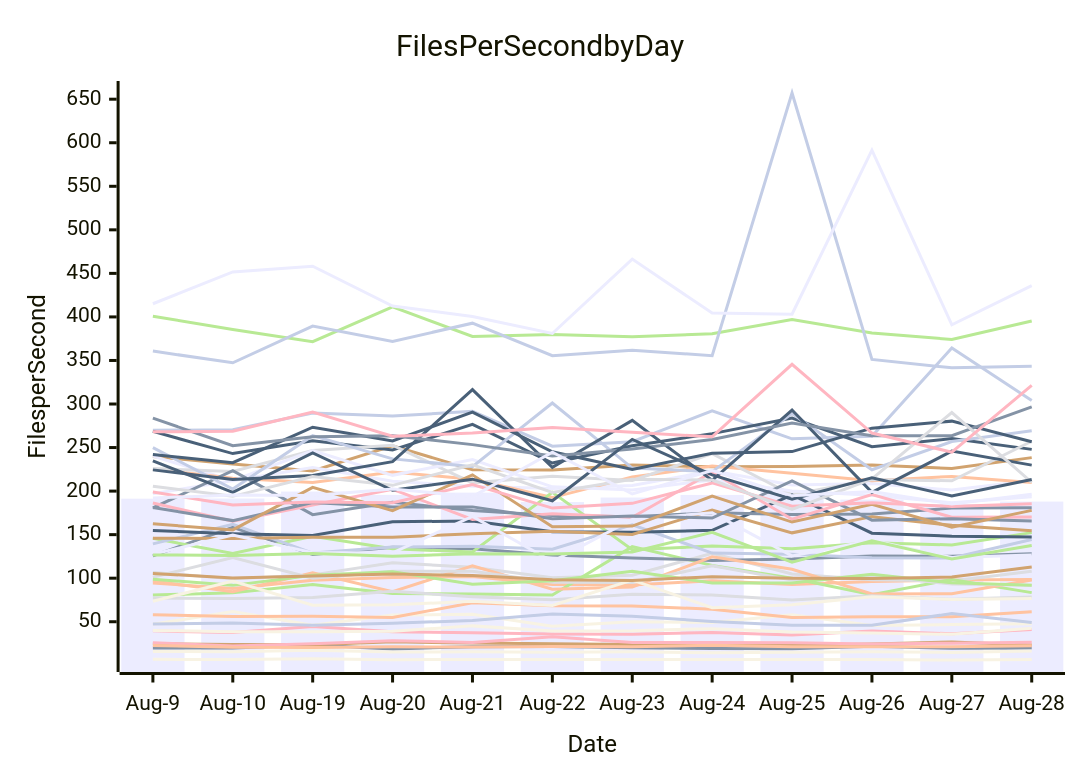
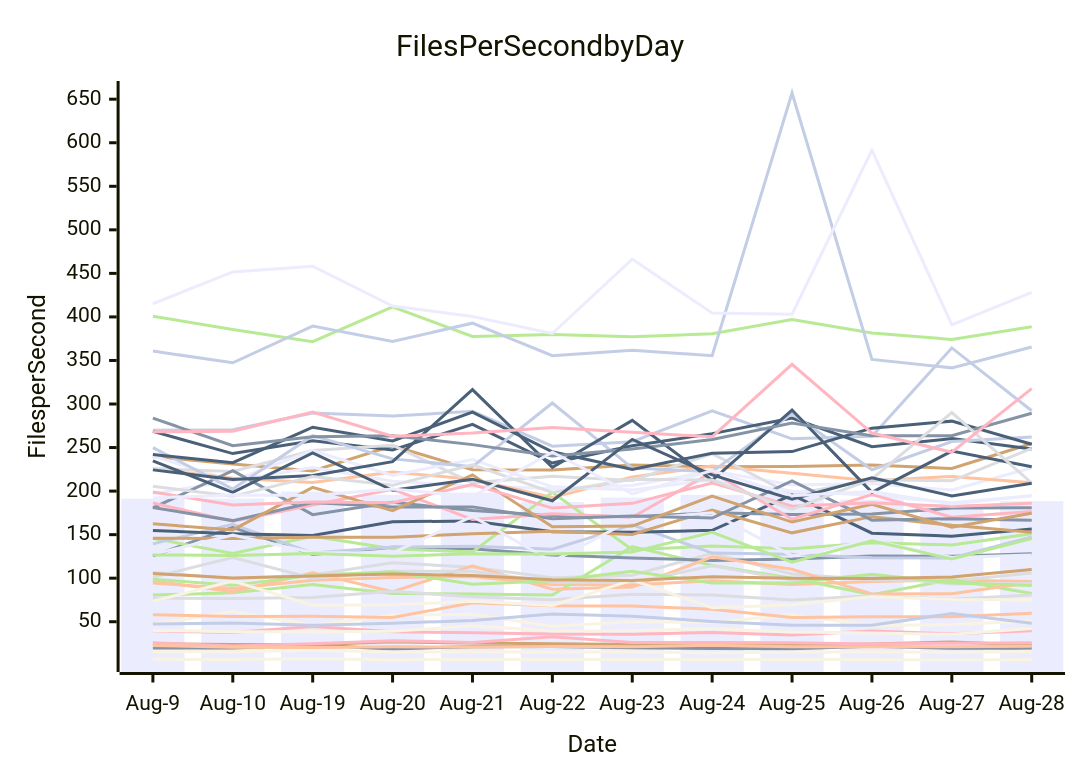
Before and after one commit to streetsidesoftware/cspell: the diagram in perf-report.md, drawn with Mermaid. The commit also changed other lines of this file and 2 other files, not shown here.

````diff
--- a/perf-report.md
+++ b/perf-report.md
@@ -11,57 +11,57 @@
 ```mermaid
 xychart-beta
     title Files Per Second by Day
     y-axis Files per Second
     x-axis Date [Aug-9, Aug-10, Aug-19, Aug-20, Aug-21, Aug-22, Aug-23, Aug-24, Aug-25, Aug-26, Aug-27, Aug-28]
-    bar [191.27, 191.48, 199.45, 195.67, 198.22, 187.40, 192.61, 195.61, 200.69, 190.24, 185.15, 187.95]
-    line [19.76, 19.87, 23.15, 18.80, 21.30, 21.70, 20.11, 19.24, 18.97, 21.74, 19.44, 19.93]
-    line [94.45, 88.13, 97.66, 100.71, 101.93, 92.80, 92.11, 97.07, 92.83, 96.14, 97.78, 98.44]
-    line [106.66, 99.38, 103.80, 117.71, 112.47, 100.50, 103.30, 128.71, 104.89, 98.28, 96.78, 108.02]
-    line [80.61, 83.15, 92.81, 82.44, 81.86, 80.75, 136.22, 114.72, 99.92, 81.00, 98.60, 83.44]
-    line [239.79, 231.09, 223.10, 252.00, 224.60, 224.17, 230.06, 227.93, 228.22, 229.99, 225.97, 238.45]
-    line [269.81, 270.47, 289.77, 286.14, 291.59, 251.52, 256.69, 292.19, 260.02, 262.94, 364.38, 303.97]
-    line [39.52, 37.52, 44.46, 38.46, 37.42, 35.96, 35.65, 37.61, 34.82, 39.47, 36.12, 40.96]
-    line [268.54, 243.09, 257.77, 247.18, 276.72, 232.23, 252.08, 266.01, 283.94, 251.01, 260.27, 247.92]
-    line [6.78, 6.60, 7.51, 6.38, 6.72, 6.55, 6.77, 6.55, 6.58, 6.64, 6.06, 6.54]
-    line [240.17, 211.99, 227.00, 211.38, 205.51, 203.10, 206.43, 223.33, 206.89, 208.72, 201.20, 212.05]
-    line [125.68, 158.27, 127.25, 135.61, 133.76, 126.70, 123.28, 120.42, 121.90, 125.42, 125.26, 128.12]
-    line [225.24, 214.74, 210.02, 221.88, 213.58, 192.56, 216.27, 228.68, 220.47, 211.98, 216.89, 209.85]
-    line [225.91, 222.58, 246.74, 252.74, 209.47, 217.12, 212.13, 242.98, 195.81, 213.43, 211.78, 257.27]
-    line [145.75, 128.32, 148.05, 133.76, 130.09, 198.58, 132.66, 136.89, 133.84, 140.74, 138.14, 152.30]
-    line [24.65, 23.72, 23.68, 26.94, 25.51, 24.79, 23.76, 23.53, 22.75, 24.32, 26.78, 23.22]
-    line [139.45, 161.93, 128.87, 135.71, 136.66, 133.36, 161.38, 128.87, 127.62, 123.35, 123.11, 144.37]
-    line [25.95, 22.03, 24.86, 28.29, 26.21, 32.71, 26.20, 26.09, 26.00, 24.43, 25.37, 26.34]
-    line [154.75, 150.93, 149.02, 164.86, 165.64, 153.35, 152.64, 155.02, 195.52, 151.70, 148.17, 147.26]
-    line [15.80, 15.53, 17.25, 15.28, 15.49, 14.84, 15.46, 14.39, 15.01, 15.63, 14.69, 16.28]
-    line [196.97, 211.99, 246.59, 218.10, 236.31, 204.94, 201.38, 212.81, 200.01, 195.34, 186.50, 193.40]
-    line [180.75, 223.35, 172.94, 187.16, 177.68, 172.01, 170.49, 175.09, 173.22, 173.59, 180.48, 181.01]
-    line [96.93, 84.41, 106.12, 84.61, 114.12, 87.31, 89.99, 124.55, 110.24, 81.92, 82.24, 97.95]
-    line [77.16, 76.75, 77.91, 84.91, 78.76, 75.34, 81.46, 80.77, 74.97, 79.78, 75.90, 78.48]
-    line [400.74, 385.62, 371.65, 411.46, 377.61, 379.88, 377.18, 380.64, 396.91, 381.52, 374.08, 395.35]
-    line [145.79, 145.58, 147.10, 147.08, 151.07, 153.94, 150.27, 178.09, 152.08, 170.66, 160.71, 154.44]
-    line [249.96, 202.34, 263.67, 236.99, 228.06, 301.20, 226.40, 222.40, 289.06, 224.56, 256.87, 269.24]
-    line [186.27, 165.43, 184.07, 202.12, 167.51, 173.85, 169.85, 221.75, 167.75, 195.90, 170.00, 170.29]
-    line [224.37, 213.27, 217.89, 233.79, 316.48, 227.32, 281.23, 212.31, 293.11, 198.49, 245.94, 229.82]
-    line [47.00, 61.84, 45.89, 57.63, 58.67, 44.77, 49.92, 49.06, 57.90, 45.60, 46.71, 47.76]
-    line [127.47, 149.55, 129.16, 129.10, 170.99, 119.13, 167.47, 175.06, 125.57, 143.51, 123.67, 126.68]
-    line [181.18, 166.12, 186.93, 181.85, 181.88, 168.34, 171.35, 169.12, 211.70, 166.64, 168.34, 165.62]
-    line [57.90, 56.15, 56.35, 54.76, 71.89, 68.47, 68.09, 64.39, 54.76, 55.64, 55.71, 61.40]
-    line [101.07, 123.80, 99.87, 108.06, 107.98, 95.34, 94.96, 114.12, 97.84, 103.09, 93.25, 91.92]
-    line [98.84, 91.76, 103.43, 107.49, 93.08, 97.11, 107.90, 94.53, 94.47, 104.38, 94.67, 91.97]
-    line [162.48, 155.40, 204.32, 177.59, 218.64, 159.00, 159.79, 194.26, 164.45, 184.75, 158.60, 177.88]
-    line [360.76, 347.31, 389.41, 371.89, 392.82, 355.53, 361.83, 355.43, 657.12, 351.25, 341.51, 343.40]
-    line [198.91, 184.05, 187.41, 186.67, 207.48, 180.49, 185.92, 209.38, 182.67, 186.49, 182.43, 185.52]
-    line [242.10, 232.62, 273.32, 257.69, 290.62, 245.10, 224.83, 243.49, 245.36, 272.30, 280.33, 256.63]
-    line [73.60, 96.61, 68.89, 69.48, 73.38, 68.77, 97.84, 66.15, 69.59, 78.77, 75.57, 76.82]
-    line [415.14, 451.69, 458.22, 412.53, 400.53, 380.98, 466.37, 404.40, 403.18, 591.49, 390.96, 435.96]
-    line [283.77, 252.09, 262.36, 263.68, 253.37, 240.18, 248.22, 259.20, 278.18, 263.50, 263.68, 296.62]
-    line [22.84, 20.59, 20.47, 21.22, 20.90, 21.42, 21.40, 22.88, 21.36, 21.22, 21.19, 22.30]
-    line [205.56, 193.98, 216.67, 206.61, 230.20, 198.53, 213.69, 212.64, 179.07, 214.07, 290.22, 210.06]
-    line [126.64, 126.17, 128.45, 125.27, 127.94, 127.77, 130.20, 152.67, 118.34, 143.02, 122.15, 137.55]
-    line [105.46, 100.11, 102.43, 104.89, 103.21, 98.21, 97.36, 101.78, 100.00, 99.58, 101.28, 112.88]
-    line [47.26, 48.66, 46.00, 48.26, 51.42, 58.83, 56.30, 50.38, 45.97, 45.91, 59.43, 49.19]
-    line [268.09, 268.70, 290.78, 262.94, 266.60, 272.93, 267.45, 262.37, 345.57, 266.69, 244.68, 321.35]
-    line [234.76, 198.61, 243.75, 200.90, 213.71, 188.91, 259.37, 218.53, 190.79, 215.33, 194.36, 213.35]
-    line [39.98, 38.63, 38.64, 39.11, 45.24, 39.50, 39.66, 42.07, 38.23, 36.94, 35.58, 42.58]
-    line [192.03, 195.48, 194.87, 202.54, 193.62, 244.63, 196.70, 223.56, 194.58, 199.46, 185.25, 196.35]
+    bar [191.27, 191.48, 199.45, 195.67, 198.22, 187.40, 192.61, 195.61, 200.69, 190.24, 185.15, 188.43]
+    line [19.76, 19.87, 23.15, 18.80, 21.30, 21.70, 20.11, 19.24, 18.97, 21.74, 19.44, 19.67]
+    line [94.45, 88.13, 97.66, 100.71, 101.93, 92.80, 92.11, 97.07, 92.83, 96.14, 97.78, 96.24]
+    line [106.66, 99.38, 103.80, 117.71, 112.47, 100.50, 103.30, 128.71, 104.89, 98.28, 96.78, 106.07]
+    line [80.61, 83.15, 92.81, 82.44, 81.86, 80.75, 136.22, 114.72, 99.92, 81.00, 98.60, 82.32]
+    line [239.79, 231.09, 223.10, 252.00, 224.60, 224.17, 230.06, 227.93, 228.22, 229.99, 225.97, 254.72]
+    line [269.81, 270.47, 289.77, 286.14, 291.59, 251.52, 256.69, 292.19, 260.02, 262.94, 364.38, 292.31]
+    line [39.52, 37.52, 44.46, 38.46, 37.42, 35.96, 35.65, 37.61, 34.82, 39.47, 36.12, 39.62]
+    line [268.54, 243.09, 257.77, 247.18, 276.72, 232.23, 252.08, 266.01, 283.94, 251.01, 260.27, 248.33]
+    line [6.78, 6.60, 7.51, 6.38, 6.72, 6.55, 6.77, 6.55, 6.58, 6.64, 6.06, 6.51]
+    line [240.17, 211.99, 227.00, 211.38, 205.51, 203.10, 206.43, 223.33, 206.89, 208.72, 201.20, 226.82]
+    line [125.68, 158.27, 127.25, 135.61, 133.76, 126.70, 123.28, 120.42, 121.90, 125.42, 125.26, 127.98]
+    line [225.24, 214.74, 210.02, 221.88, 213.58, 192.56, 216.27, 228.68, 220.47, 211.98, 216.89, 209.65]
+    line [225.91, 222.58, 246.74, 252.74, 209.47, 217.12, 212.13, 242.98, 195.81, 213.43, 211.78, 248.99]
+    line [145.75, 128.32, 148.05, 133.76, 130.09, 198.58, 132.66, 136.89, 133.84, 140.74, 138.14, 151.08]
+    line [24.65, 23.72, 23.68, 26.94, 25.51, 24.79, 23.76, 23.53, 22.75, 24.32, 26.78, 23.32]
+    line [139.45, 161.93, 128.87, 135.71, 136.66, 133.36, 161.38, 128.87, 127.62, 123.35, 123.11, 147.46]
+    line [25.95, 22.03, 24.86, 28.29, 26.21, 32.71, 26.20, 26.09, 26.00, 24.43, 25.37, 25.96]
+    line [154.75, 150.93, 149.02, 164.86, 165.64, 153.35, 152.64, 155.02, 195.52, 151.70, 148.17, 156.56]
+    line [15.80, 15.53, 17.25, 15.28, 15.49, 14.84, 15.46, 14.39, 15.01, 15.63, 14.69, 16.01]
+    line [196.97, 211.99, 246.59, 218.10, 236.31, 204.94, 201.38, 212.81, 200.01, 195.34, 186.50, 194.55]
+    line [180.75, 223.35, 172.94, 187.16, 177.68, 172.01, 170.49, 175.09, 173.22, 173.59, 180.48, 180.79]
+    line [96.93, 84.41, 106.12, 84.61, 114.12, 87.31, 89.99, 124.55, 110.24, 81.92, 82.24, 95.16]
+    line [77.16, 76.75, 77.91, 84.91, 78.76, 75.34, 81.46, 80.77, 74.97, 79.78, 75.90, 80.63]
+    line [400.74, 385.62, 371.65, 411.46, 377.61, 379.88, 377.18, 380.64, 396.91, 381.52, 374.08, 388.74]
+    line [145.79, 145.58, 147.10, 147.08, 151.07, 153.94, 150.27, 178.09, 152.08, 170.66, 160.71, 152.84]
+    line [249.96, 202.34, 263.67, 236.99, 228.06, 301.20, 226.40, 222.40, 289.06, 224.56, 256.87, 262.17]
+    line [186.27, 165.43, 184.07, 202.12, 167.51, 173.85, 169.85, 221.75, 167.75, 195.90, 170.00, 176.62]
+    line [224.37, 213.27, 217.89, 233.79, 316.48, 227.32, 281.23, 212.31, 293.11, 198.49, 245.94, 227.97]
+    line [47.00, 61.84, 45.89, 57.63, 58.67, 44.77, 49.92, 49.06, 57.90, 45.60, 46.71, 50.73]
+    line [127.47, 149.55, 129.16, 129.10, 170.99, 119.13, 167.47, 175.06, 125.57, 143.51, 123.67, 126.63]
+    line [181.18, 166.12, 186.93, 181.85, 181.88, 168.34, 171.35, 169.12, 211.70, 166.64, 168.34, 166.66]
+    line [57.90, 56.15, 56.35, 54.76, 71.89, 68.47, 68.09, 64.39, 54.76, 55.64, 55.71, 59.62]
+    line [101.07, 123.80, 99.87, 108.06, 107.98, 95.34, 94.96, 114.12, 97.84, 103.09, 93.25, 93.93]
+    line [98.84, 91.76, 103.43, 107.49, 93.08, 97.11, 107.90, 94.53, 94.47, 104.38, 94.67, 91.68]
+    line [162.48, 155.40, 204.32, 177.59, 218.64, 159.00, 159.79, 194.26, 164.45, 184.75, 158.60, 174.61]
+    line [360.76, 347.31, 389.41, 371.89, 392.82, 355.53, 361.83, 355.43, 657.12, 351.25, 341.51, 365.53]
+    line [198.91, 184.05, 187.41, 186.67, 207.48, 180.49, 185.92, 209.38, 182.67, 186.49, 182.43, 186.13]
+    line [242.10, 232.62, 273.32, 257.69, 290.62, 245.10, 224.83, 243.49, 245.36, 272.30, 280.33, 253.77]
+    line [73.60, 96.61, 68.89, 69.48, 73.38, 68.77, 97.84, 66.15, 69.59, 78.77, 75.57, 75.12]
+    line [415.14, 451.69, 458.22, 412.53, 400.53, 380.98, 466.37, 404.40, 403.18, 591.49, 390.96, 428.24]
+    line [283.77, 252.09, 262.36, 263.68, 253.37, 240.18, 248.22, 259.20, 278.18, 263.50, 263.68, 289.46]
+    line [22.84, 20.59, 20.47, 21.22, 20.90, 21.42, 21.40, 22.88, 21.36, 21.22, 21.19, 21.79]
+    line [205.56, 193.98, 216.67, 206.61, 230.20, 198.53, 213.69, 212.64, 179.07, 214.07, 290.22, 209.09]
+    line [126.64, 126.17, 128.45, 125.27, 127.94, 127.77, 130.20, 152.67, 118.34, 143.02, 122.15, 145.40]
+    line [105.46, 100.11, 102.43, 104.89, 103.21, 98.21, 97.36, 101.78, 100.00, 99.58, 101.28, 109.89]
+    line [47.26, 48.66, 46.00, 48.26, 51.42, 58.83, 56.30, 50.38, 45.97, 45.91, 59.43, 48.34]
+    line [268.09, 268.70, 290.78, 262.94, 266.60, 272.93, 267.45, 262.37, 345.57, 266.69, 244.68, 317.68]
+    line [234.76, 198.61, 243.75, 200.90, 213.71, 188.91, 259.37, 218.53, 190.79, 215.33, 194.36, 209.04]
+    line [39.98, 38.63, 38.64, 39.11, 45.24, 39.50, 39.66, 42.07, 38.23, 36.94, 35.58, 42.23]
+    line [192.03, 195.48, 194.87, 202.54, 193.62, 244.63, 196.70, 223.56, 194.58, 199.46, 185.25, 194.62]
 ```
````
